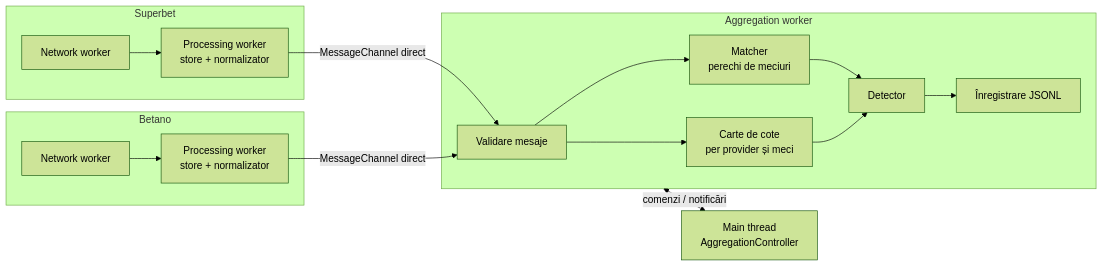
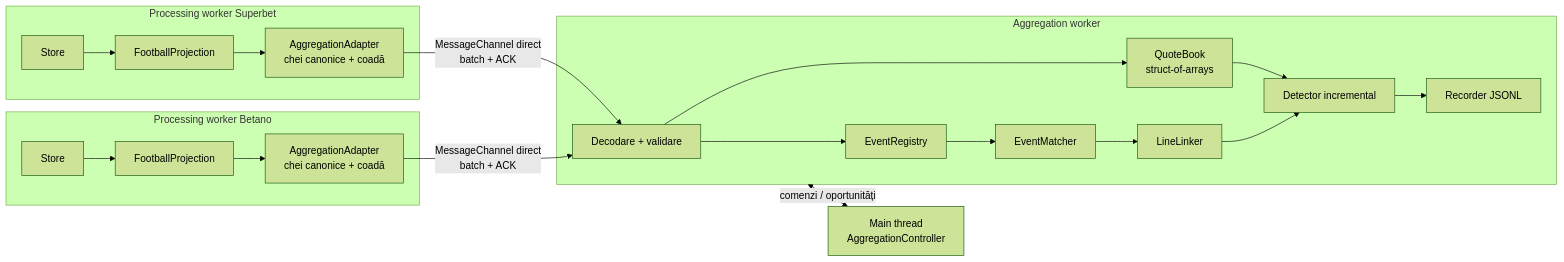
One commit to CristiCP/Advanced-Betting-System changed the first of 2 diagrams in docs/AGGREGATOR.md. Above: the diagram before and after it, drawn with Mermaid (forest theme). The commit also changed other lines of this file and 26 other files, not shown here.

First line of the commit message:
Add aggregation transport: binary batches, coalescing outbox, and worker

````diff
--- a/docs/AGGREGATOR.md
+++ b/docs/AGGREGATOR.md
@@ -22,23 +38,25 @@
 ```mermaid
 flowchart LR
-    subgraph SB["Superbet"]
-        SBN["Network worker"] --> SBP["Processing worker<br/>store + normalizator"]
+    subgraph SB["Processing worker Superbet"]
+        SBS["Store"] --> SBP["FootballProjection"] --> SBA["AggregationAdapter<br/>chei canonice + coadă"]
     end
-    subgraph BE["Betano"]
-        BEN["Network worker"] --> BEP["Processing worker<br/>store + normalizator"]
+    subgraph BE["Processing worker Betano"]
+        BES["Store"] --> BEP["FootballProjection"] --> BEA["AggregationAdapter<br/>chei canonice + coadă"]
     end
 
     subgraph AGG["Aggregation worker"]
-        VAL["Validare mesaje"] --> MATCH["Matcher<br/>perechi de meciuri"]
-        VAL --> BOOK["Carte de cote<br/>per provider și meci"]
-        MATCH --> DET["Detector"]
-        BOOK --> DET
-        DET --> REC["Înregistrare JSONL"]
+        DEC["Decodare + validare"] --> BOOK["QuoteBook<br/>struct-of-arrays"]
+        DEC --> EV["EventRegistry"]
+        EV --> MATCH["EventMatcher"]
+        MATCH --> LINK["LineLinker"]
+        BOOK --> DET["Detector incremental"]
+        LINK --> DET
+        DET --> REC["Recorder JSONL"]
     end
 
     MAIN["Main thread<br/>AggregationController"]
 
-    SBP -->|"MessageChannel direct"| VAL
-    BEP -->|"MessageChannel direct"| VAL
-    AGG <-->|"comenzi / notificări"| MAIN
+    SBA -->|"MessageChannel direct<br/>batch + ACK"| DEC
+    BEA -->|"MessageChannel direct<br/>batch + ACK"| DEC
+    AGG <-->|"comenzi / oportunități"| MAIN
 ```
````
